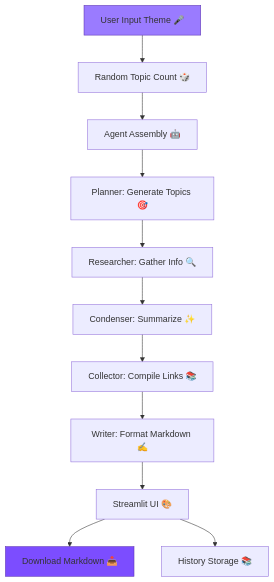
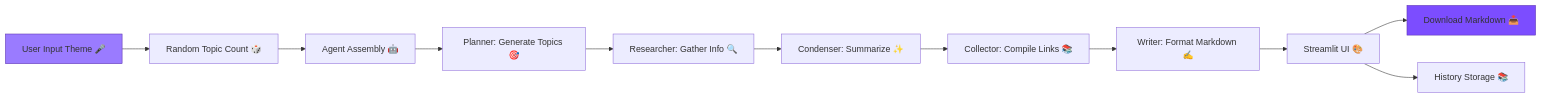
The diagram in README.md (rakshita-vijay/rag-agentic-ai), drawn with Mermaid before and after one commit. The commit also changed other lines of this file, not shown here.

````diff
--- a/README.md
+++ b/README.md
@@ -92,15 +92,15 @@
 ```mermaid
-graph TD
+graph LR
     A[User Input Theme 🎤] --> B[Random Topic Count 🎲]
     B --> C[Agent Assembly 🤖]
     C --> D[Planner: Generate Topics 🎯]
     D --> E[Researcher: Gather Info 🔍]
     E --> F[Condenser: Summarize ✨]
     F --> G[Collector: Compile Links 📚]
     G --> H[Writer: Format Markdown ✍️]
     H --> I[Streamlit UI 🎨]
     I --> J[Download Markdown 📥]
     I --> K[History Storage 📚]
     style A fill:#9a7bff,stroke:#5e35b1
     style J fill:#7c4dff,stroke:#5e35b1
 ```
````
